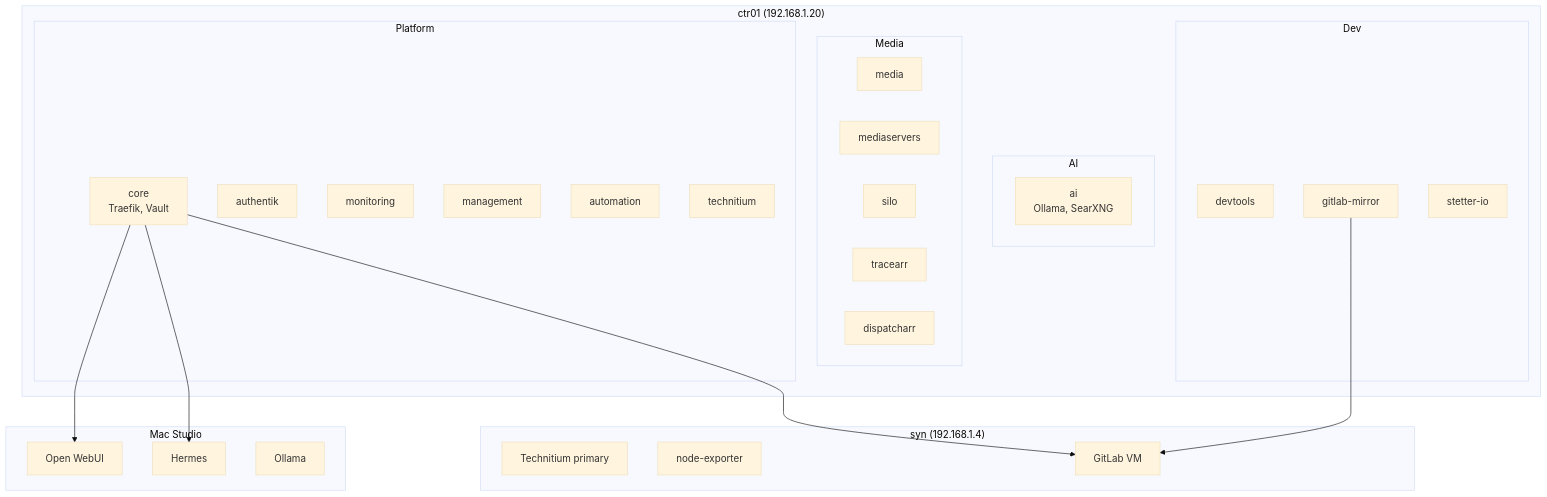
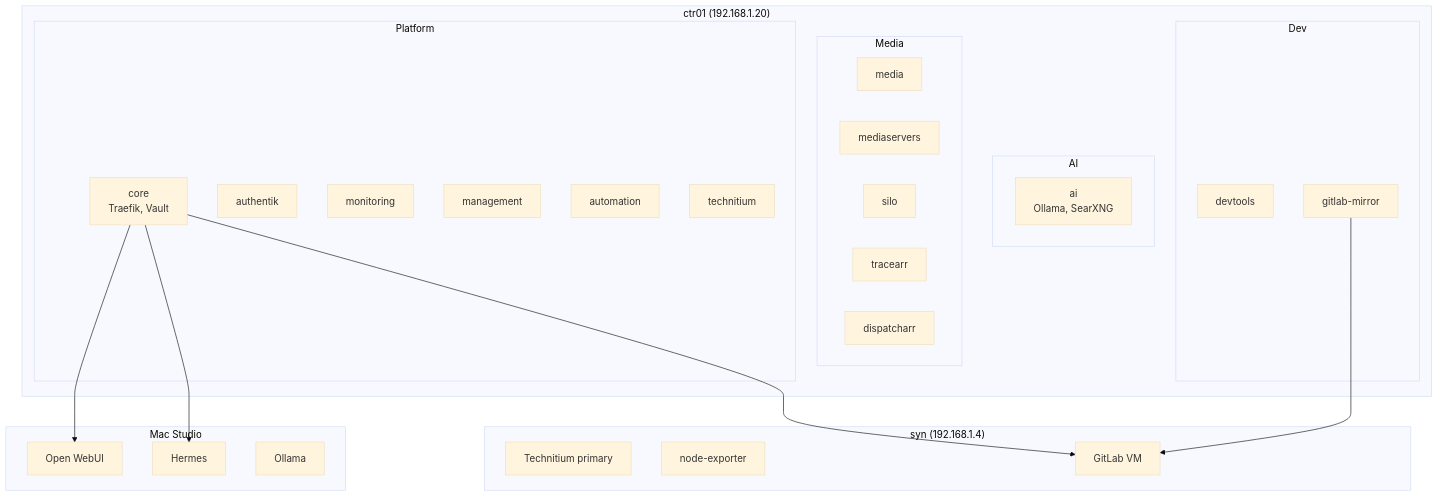
The diagram in docs/stacks/index.md (johnstetter/homelab-docs), drawn with Mermaid (base theme) before and after one commit. The commit also changed other lines of this file and 10 other files, not shown here.

````diff
--- a/docs/stacks/index.md
+++ b/docs/stacks/index.md
@@ -11,42 +11,41 @@
 ```mermaid
 graph TB
     subgraph ctr01["ctr01 (192.168.1.20)"]
         subgraph Platform
             core[core<br/>Traefik, Vault]
             authentik[authentik]
             monitoring[monitoring]
             management[management]
             automation[automation]
             tech[technitium]
         end
         subgraph AI
             ai[ai<br/>Ollama, SearXNG]
         end
         subgraph Media
             media[media]
             ms[mediaservers]
             silo[silo]
             tracearr[tracearr]
             disp[dispatcharr]
         end
         subgraph Dev
             devtools[devtools]
             mirror[gitlab-mirror]
-            site[stetter-io]
         end
     end
     subgraph syn["syn (192.168.1.4)"]
         tsyn[Technitium primary]
         ne[node-exporter]
         glvm[GitLab VM]
     end
     subgraph studio["Mac Studio"]
         ow[Open WebUI]
         her[Hermes]
         ol[Ollama]
     end
     core --> ow
     core --> her
     core --> glvm
     mirror --> glvm
 ```
````
